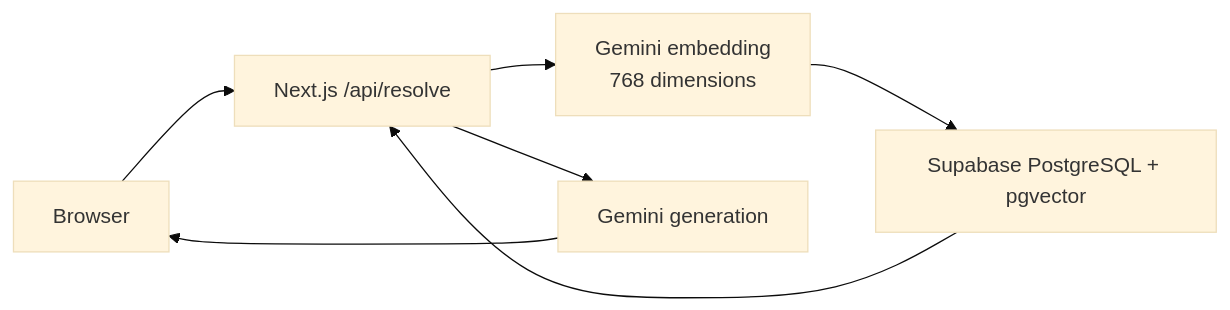
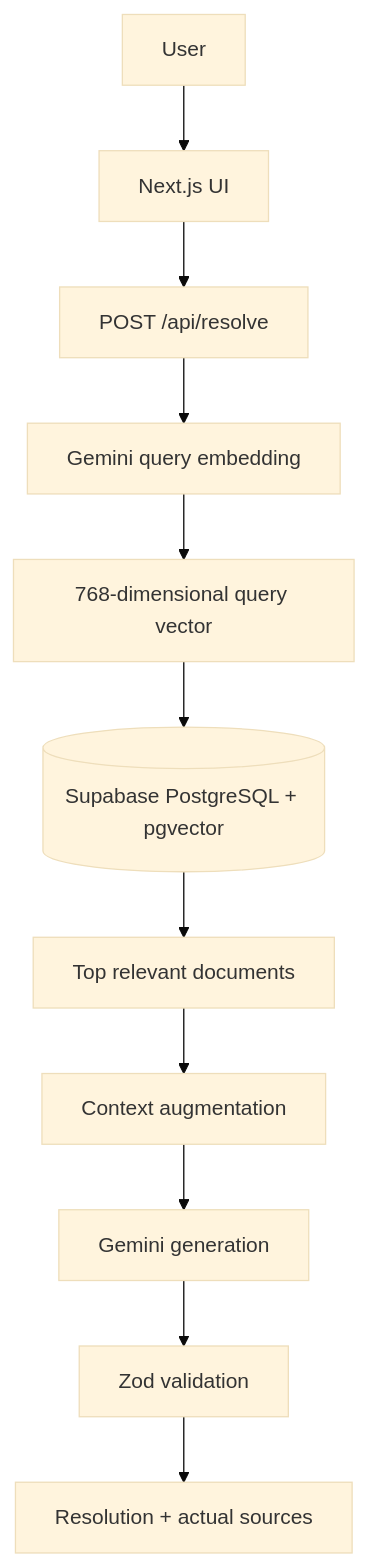
The diagram in README.md (garvitsingh171/resolve-ai), drawn with Mermaid (base theme) before and after one commit. The commit also changed other lines of this file and 15 other files, not shown here.

````diff
--- a/README.md
+++ b/README.md
@@ -11,9 +23,13 @@
 ```mermaid
-flowchart LR
-  U[Browser] --> A[Next.js /api/resolve]
-  A --> E[Gemini embedding<br/>768 dimensions]
-  E --> V[Supabase PostgreSQL + pgvector]
-  V --> A
-  A --> G[Gemini generation]
-  G --> U
+flowchart TD
+  U[User] --> UI[Next.js UI]
+  UI --> API[POST /api/resolve]
+  API --> E[Gemini query embedding]
+  E --> V[768-dimensional query vector]
+  V --> DB[(Supabase PostgreSQL + pgvector)]
+  DB --> R[Top relevant documents]
+  R --> C[Context augmentation]
+  C --> G[Gemini generation]
+  G --> Z[Zod validation]
+  Z --> O[Resolution + actual sources]
 ```
````
